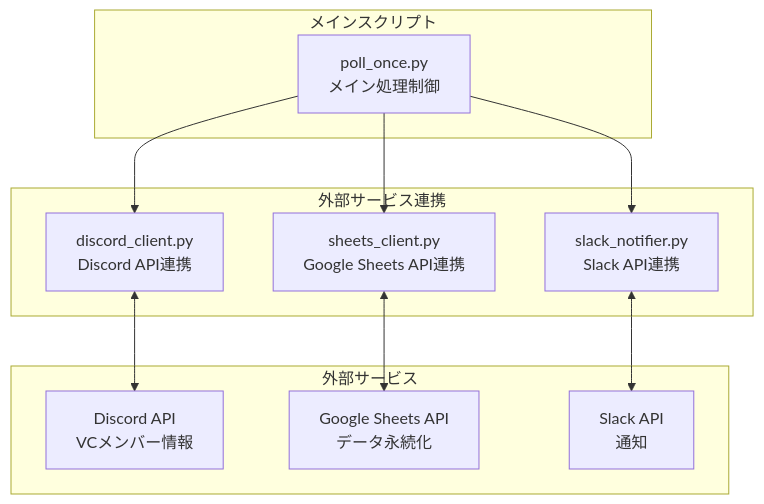
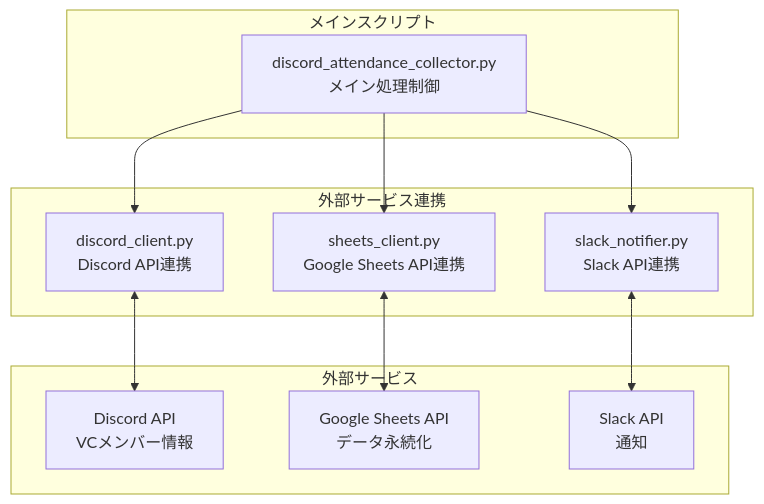
One commit to seiya-kawashima/nonproken-discord-mkmk-vc-tracker changed the second of 4 diagrams in docs/ARCHITECTURE.md. Above: the diagram before and after it, drawn with Mermaid. The commit also changed other lines of this file, not shown here.

````diff
--- a/docs/ARCHITECTURE.md
+++ b/docs/ARCHITECTURE.md
@@ -40,26 +40,26 @@
 ```mermaid
 graph TB
     subgraph "メインスクリプト"
-        Main[poll_once.py<br/>メイン処理制御]
+        Main[discord_attendance_collector.py<br/>メイン処理制御]
     end
     
     subgraph "外部サービス連携"
         Discord[discord_client.py<br/>Discord API連携]
         Sheets[sheets_client.py<br/>Google Sheets API連携]
         Slack[slack_notifier.py<br/>Slack API連携]
     end
     
     subgraph "外部サービス"
         DiscordAPI[Discord API<br/>VCメンバー情報]
         SheetsAPI[Google Sheets API<br/>データ永続化]
         SlackAPI[Slack API<br/>通知]
     end
     
     Main --> Discord
     Main --> Sheets
     Main --> Slack
     
     Discord <--> DiscordAPI
     Sheets <--> SheetsAPI
     Slack <--> SlackAPI
 ```
````
